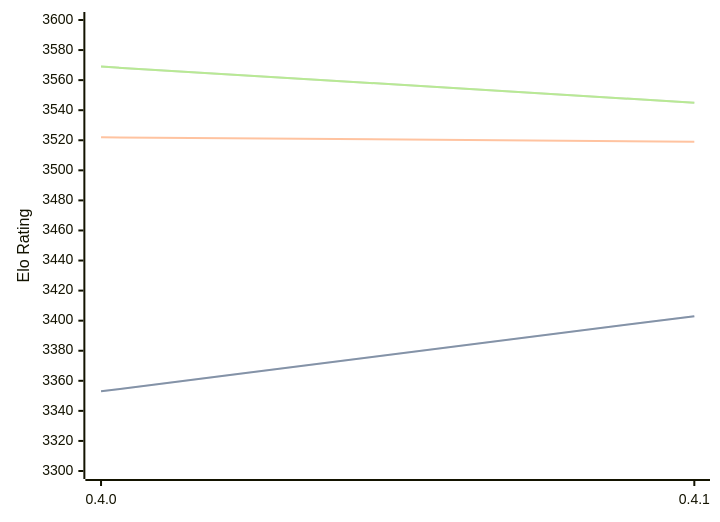
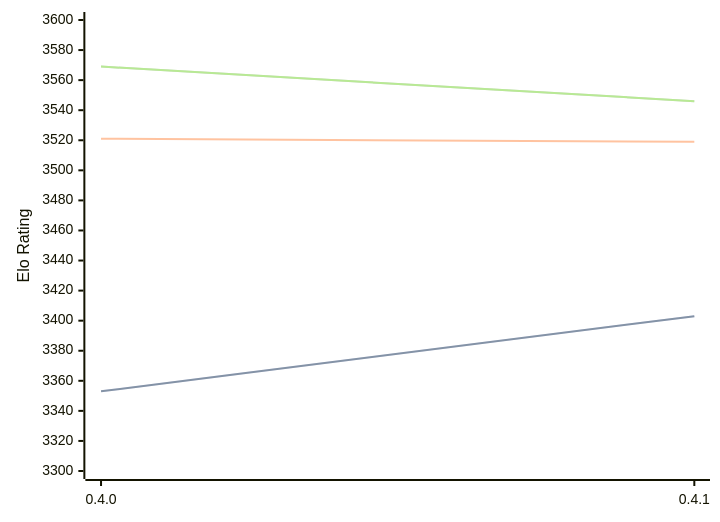
Before and after one commit to computer-chess-index/cci: the diagram in engines/Cinder.md, drawn with Mermaid. The commit also changed other lines of this file, not shown here.

Commit message:
Update CCI Ratings (ELO VLTC) - 2026-02-27

````diff
--- a/engines/Cinder.md
+++ b/engines/Cinder.md
@@ -38,11 +38,11 @@
 ```mermaid
 %%{init: {"theme":"base","themeVariables":{"seriesColors:['#a3a3a3','#222221','#faa371']}}}%%
 xychart-beta
   x-axis ["0.4.0", "0.4.1"]
   y-axis "Elo Rating" 3300 --> 3600
   line "STC (8.0+0.08s)" [3353, 3403]
   line "STC (8.0+0.08s)" [3353, 3403]
-  line "LTC (60.0+0.60s)" [3522, 3519]
-  line "VLTC (2m24s+1.12s)" [3569, 3545]
-  line "VLTC (2m24s+1.12s)" [3569, 3545]
+  line "LTC (60.0+0.60s)" [3521, 3519]
+  line "VLTC (2m24s+1.12s)" [3569, 3546]
+  line "VLTC (2m24s+1.12s)" [3569, 3546]
 ```
````
